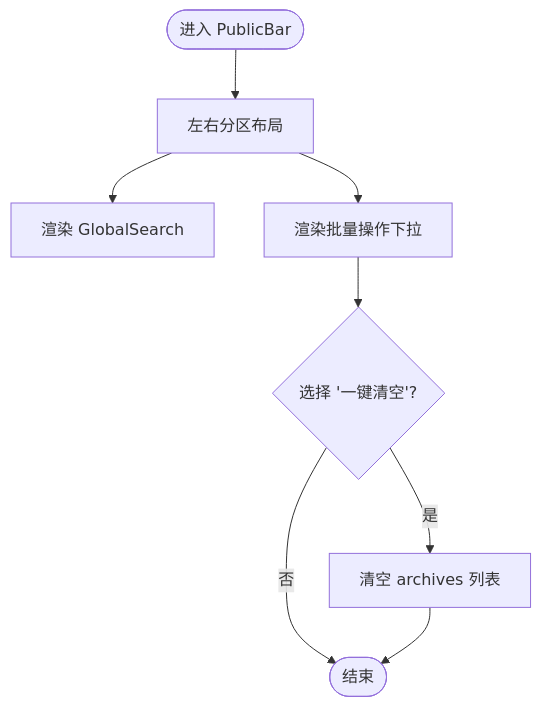
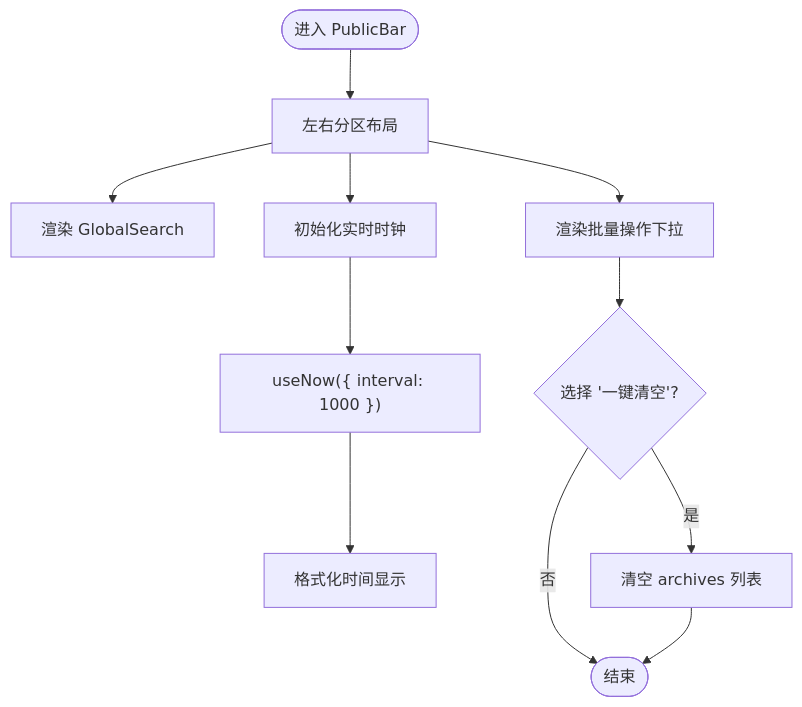
Before and after one commit to taoweidong/Hello-Tauri: the third of 7 diagrams in .qoder/repowiki/zh/content/用户界面/核心组件/公共栏组件.md, drawn with Mermaid. The commit also changed other lines of this file and 119 other files, not shown here.

````diff
--- a/.qoder/repowiki/zh/content/用户界面/核心组件/公共栏组件.md
+++ b/.qoder/repowiki/zh/content/用户界面/核心组件/公共栏组件.md
@@ -125,10 +140,13 @@
 ```mermaid
 flowchart TD
 Start(["进入 PublicBar"]) --> Layout["左右分区布局"]
 Layout --> Search["渲染 GlobalSearch"]
 Layout --> Batch["渲染批量操作下拉"]
+Layout --> Clock["初始化实时时钟"]
+Clock --> UseNow["useNow({ interval: 1000 })"]
+UseNow --> Format["格式化时间显示"]
 Batch --> Clear{"选择 '一键清空'?"}
 Clear --> |是| Reset["清空 archives 列表"]
 Clear --> |否| End(["结束"])
 Reset --> End
 ```
````
